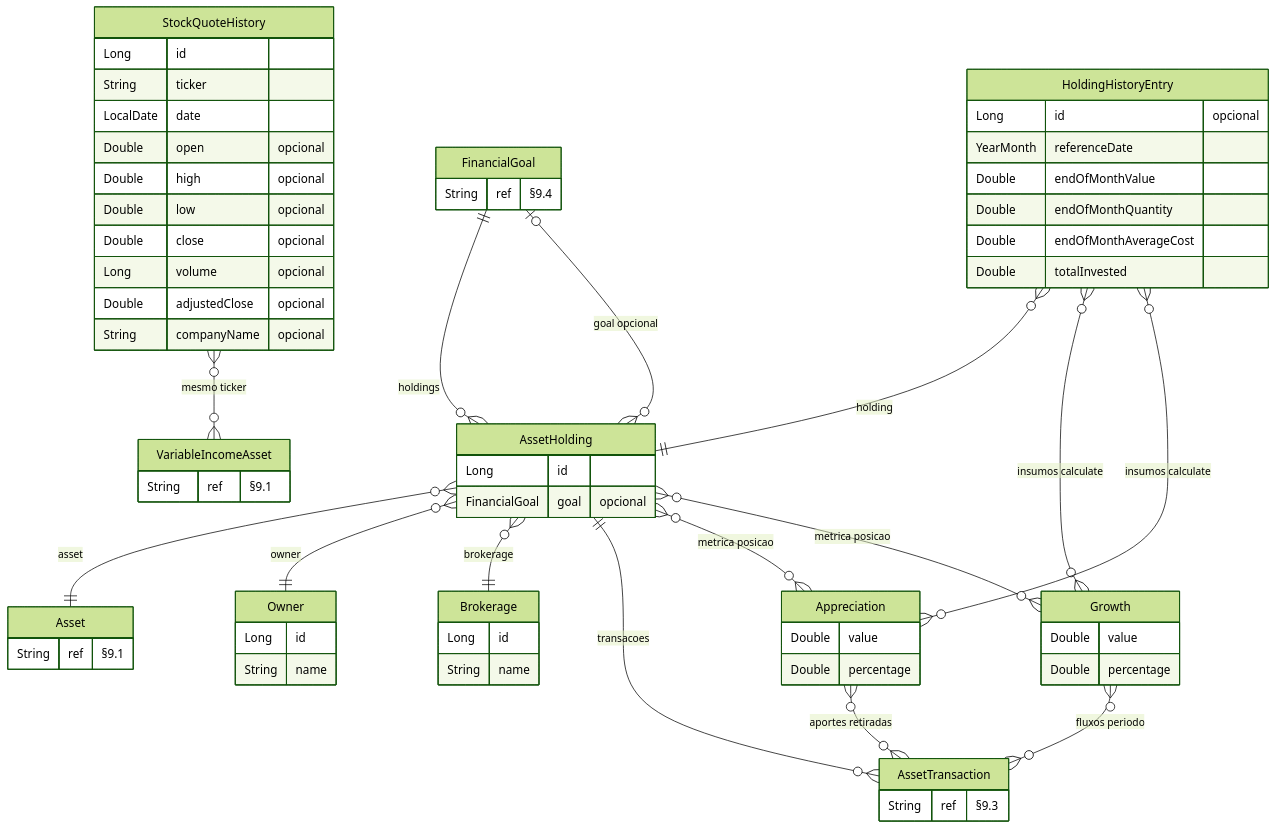
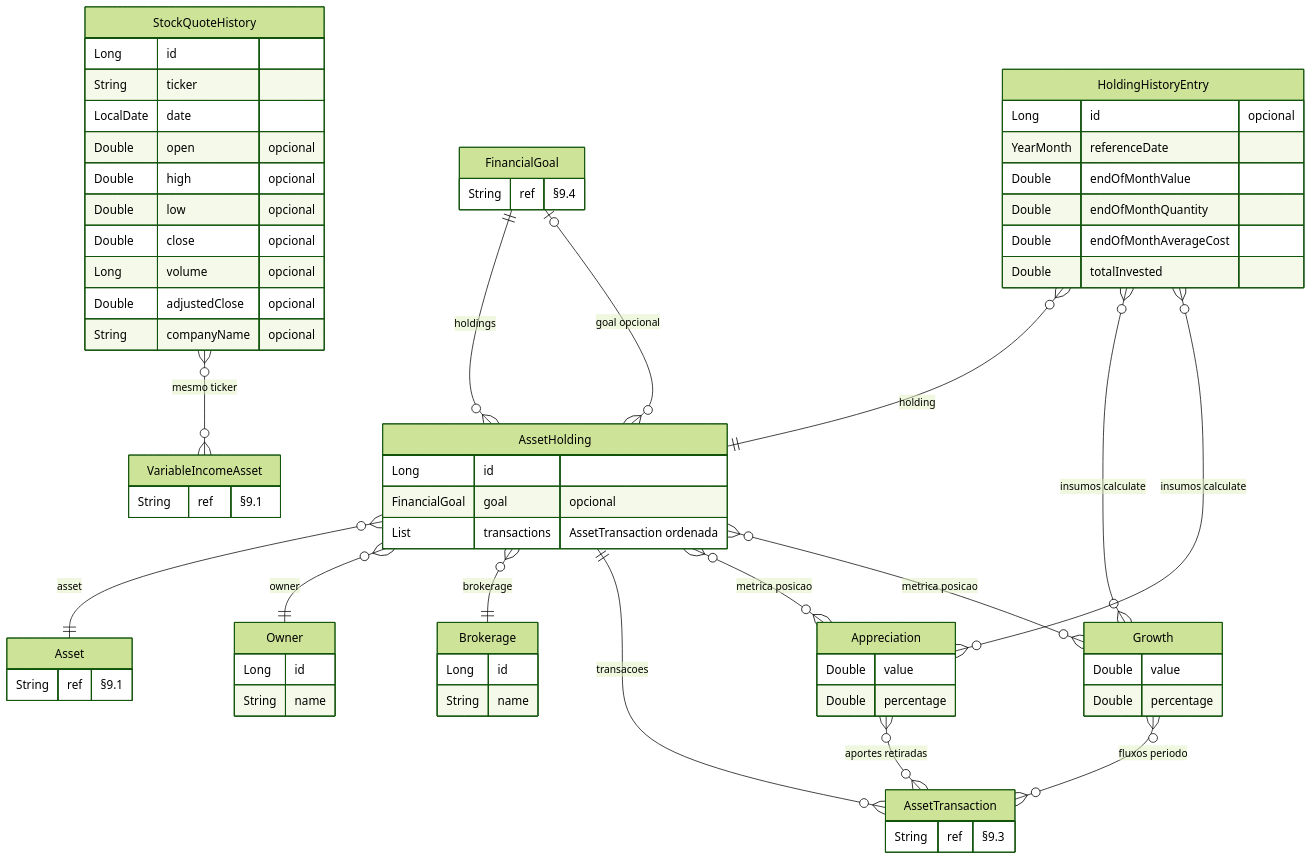
Before and after one commit to enirsilvaferraz/Investments-KMP: the second of 5 diagrams in core/domain/entity/docs/DOMAIN.md, drawn with Mermaid (forest theme). The commit also changed other lines of this file and 44 other files, not shown here.

````diff
--- a/core/domain/entity/docs/DOMAIN.md
+++ b/core/domain/entity/docs/DOMAIN.md
@@ -167,69 +167,70 @@
 ```mermaid
 erDiagram
     Asset {
         String ref "§9.1"
     }
     FinancialGoal {
         String ref "§9.4"
     }
     VariableIncomeAsset {
         String ref "§9.1"
     }
     AssetTransaction {
         String ref "§9.3"
     }
     AssetHolding {
         Long id
         FinancialGoal goal "opcional"
+        List transactions "AssetTransaction ordenada"
     }
     Owner {
         Long id
         String name
     }
     Brokerage {
         Long id
         String name
     }
     HoldingHistoryEntry {
         Long id "opcional"
         YearMonth referenceDate
         Double endOfMonthValue
         Double endOfMonthQuantity
         Double endOfMonthAverageCost
         Double totalInvested
     }
     StockQuoteHistory {
         Long id
         String ticker
         LocalDate date
         Double open "opcional"
         Double high "opcional"
         Double low "opcional"
         Double close "opcional"
         Long volume "opcional"
         Double adjustedClose "opcional"
         String companyName "opcional"
     }
     Appreciation {
         Double value
         Double percentage
     }
     Growth {
         Double value
         Double percentage
     }
     AssetHolding }o--|| Asset : "asset"
     AssetHolding }o--|| Owner : "owner"
     AssetHolding }o--|| Brokerage : "brokerage"
     AssetHolding }o--o| FinancialGoal : "goal opcional"
     FinancialGoal ||--o{ AssetHolding : "holdings"
     AssetHolding ||--o{ AssetTransaction : "transacoes"
     HoldingHistoryEntry }o--|| AssetHolding : "holding"
     HoldingHistoryEntry }o--o{ Growth : "insumos calculate"
     HoldingHistoryEntry }o--o{ Appreciation : "insumos calculate"
     AssetHolding }o--o{ Appreciation : "metrica posicao"
     AssetHolding }o--o{ Growth : "metrica posicao"
     Appreciation }o--o{ AssetTransaction : "aportes retiradas"
     Growth }o--o{ AssetTransaction : "fluxos periodo"
     StockQuoteHistory }o--o{ VariableIncomeAsset : "mesmo ticker"
 ```
````
